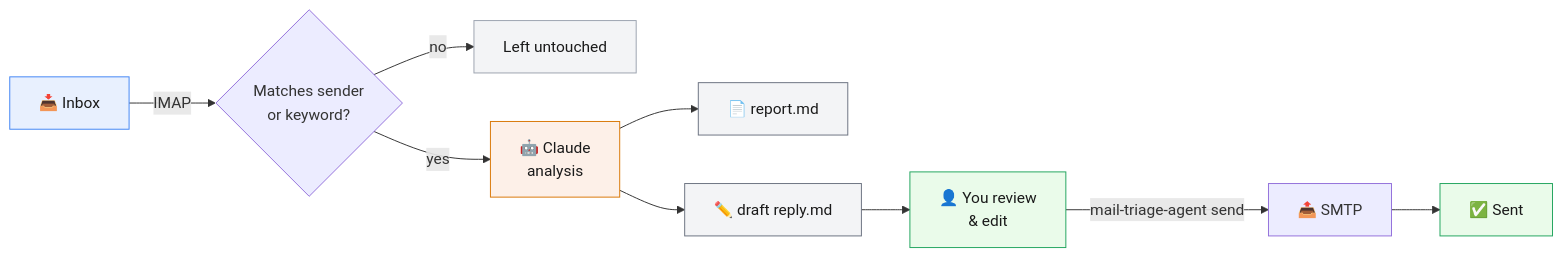
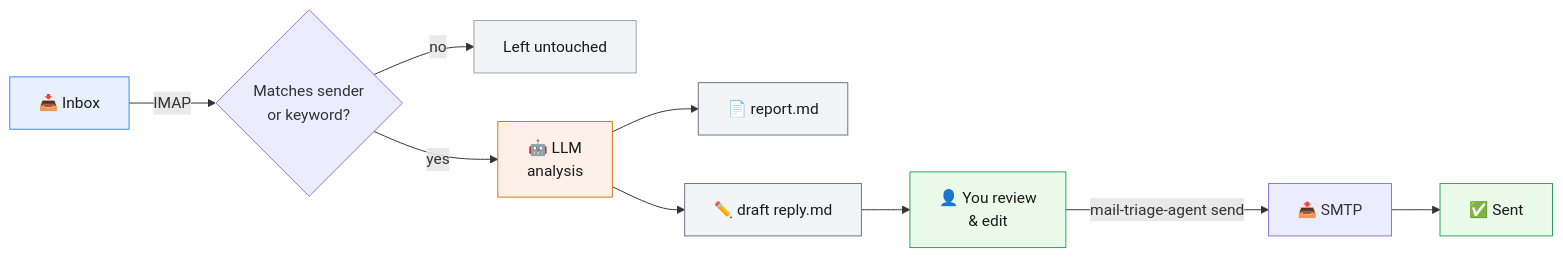
Before and after one commit to RutkayAzizAksu/mail-triage-agent: the diagram in README.md, drawn with Mermaid. The commit also changed other lines of this file and 8 other files, not shown here.

````diff
--- a/README.md
+++ b/README.md
@@ -50,19 +54,19 @@
 ```mermaid
 flowchart LR
     A["📥 Inbox"] -->|IMAP| B{"Matches sender\nor keyword?"}
     B -->|no| Z["Left untouched"]
-    B -->|yes| C["🤖 Claude\nanalysis"]
+    B -->|yes| C["🤖 LLM\nanalysis"]
     C --> D["📄 report.md"]
     C --> E["✏️ draft reply.md"]
     E --> F["👤 You review\n& edit"]
     F -->|"mail-triage-agent send"| G["📤 SMTP"]
     G --> H["✅ Sent"]
 
     style A fill:#e8f0fe,stroke:#4285f4,color:#1a1a1a
     style C fill:#fdf0e8,stroke:#d97706,color:#1a1a1a
     style D fill:#f3f4f6,stroke:#6b7280,color:#1a1a1a
     style E fill:#f3f4f6,stroke:#6b7280,color:#1a1a1a
     style F fill:#eafbea,stroke:#22a55e,color:#1a1a1a
     style H fill:#eafbea,stroke:#22a55e,color:#1a1a1a
     style Z fill:#f3f4f6,stroke:#9ca3af,color:#1a1a1a
 ```
````
